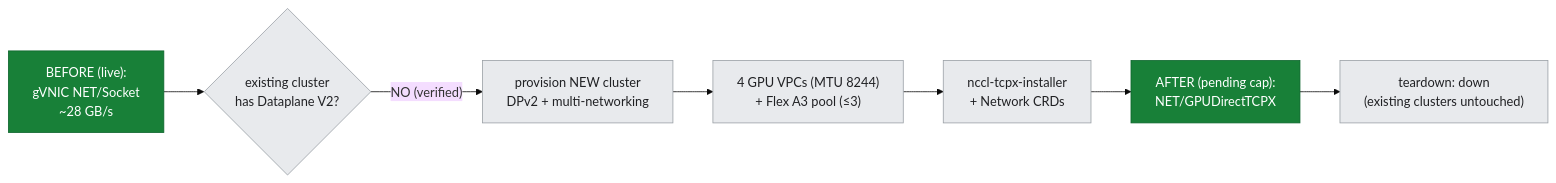
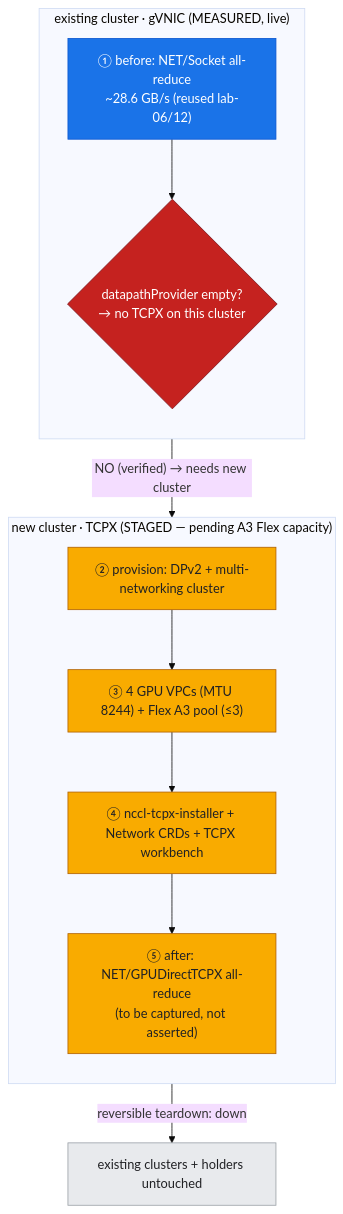
Before and after one commit to elideng-sg/hypercomputer-internode-deepdive: the second of 2 diagrams in labs/lab-18-enable-gpudirect-tcpx/README.md, drawn with Mermaid (base theme). The commit also changed other lines of this file and 19 other files, not shown here.

First line of the commit message:
Diagrams: env-overview + combined step-flow across all 20 remaining labs

````diff
--- a/labs/lab-18-enable-gpudirect-tcpx/README.md
+++ b/labs/lab-18-enable-gpudirect-tcpx/README.md
@@ -54,13 +87,24 @@
 ```mermaid
-flowchart LR
-  B["BEFORE (live):<br/>gVNIC NET/Socket<br/>~28 GB/s"] --> D{"existing cluster<br/>has Dataplane V2?"}
-  D -->|"NO (verified)"| N["provision NEW cluster<br/>DPv2 + multi-networking"]
-  N --> V["4 GPU VPCs (MTU 8244)<br/>+ Flex A3 pool (≤3)"]
-  V --> P["nccl-tcpx-installer<br/>+ Network CRDs"]
-  P --> A["AFTER (pending cap):<br/>NET/GPUDirectTCPX"]
-  A --> T["teardown: down<br/>(existing clusters untouched)"]
+flowchart TB
+  subgraph EXIST["existing cluster · gVNIC (MEASURED, live)"]
+    direction TB
+    S1["① before: NET/Socket all-reduce<br/>~28.6 GB/s (reused lab-06/12)"]
+    G{"datapathProvider empty?<br/>→ no TCPX on this cluster"}
+    S1 --> G
+  end
+  G -->|"NO (verified) → needs new cluster"| S2
+  subgraph NEW["new cluster · TCPX (STAGED — pending A3 Flex capacity)"]
+    direction TB
+    S2["② provision: DPv2 + multi-networking cluster"]
+    S3["③ 4 GPU VPCs (MTU 8244) + Flex A3 pool (≤3)"]
+    S4["④ nccl-tcpx-installer + Network CRDs + TCPX workbench"]
+    S5["⑤ after: NET/GPUDirectTCPX all-reduce<br/>(to be captured, not asserted)"]
+    S2 --> S3 --> S4 --> S5
+  end
+  S5 -->|"reversible teardown: down"| R["existing clusters + holders untouched"]
+  classDef meas fill:#1a73e8,stroke:#0b57d0,color:#ffffff;
   classDef ctx fill:#e8eaed,stroke:#9aa0a6,color:#202124;
-  classDef good fill:#188038,stroke:#0d652d,color:#ffffff;
+  classDef accent fill:#f9ab00,stroke:#b06000,color:#202124;
   classDef crit fill:#c5221f,stroke:#7a161c,color:#ffffff;
-  class B good; class D,N,V,P ctx; class A good; class T ctx;
+  class S1 meas; class G crit; class S2,S3,S4,S5 accent; class R ctx;
 ```
````
